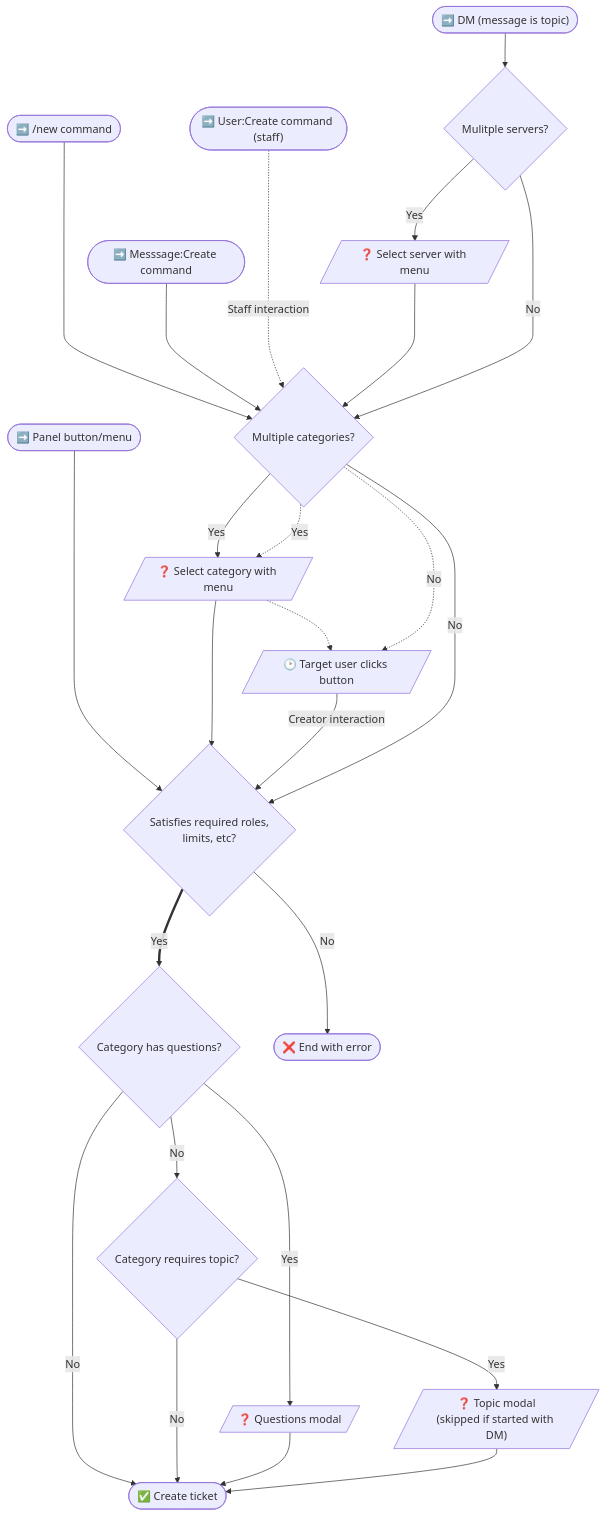
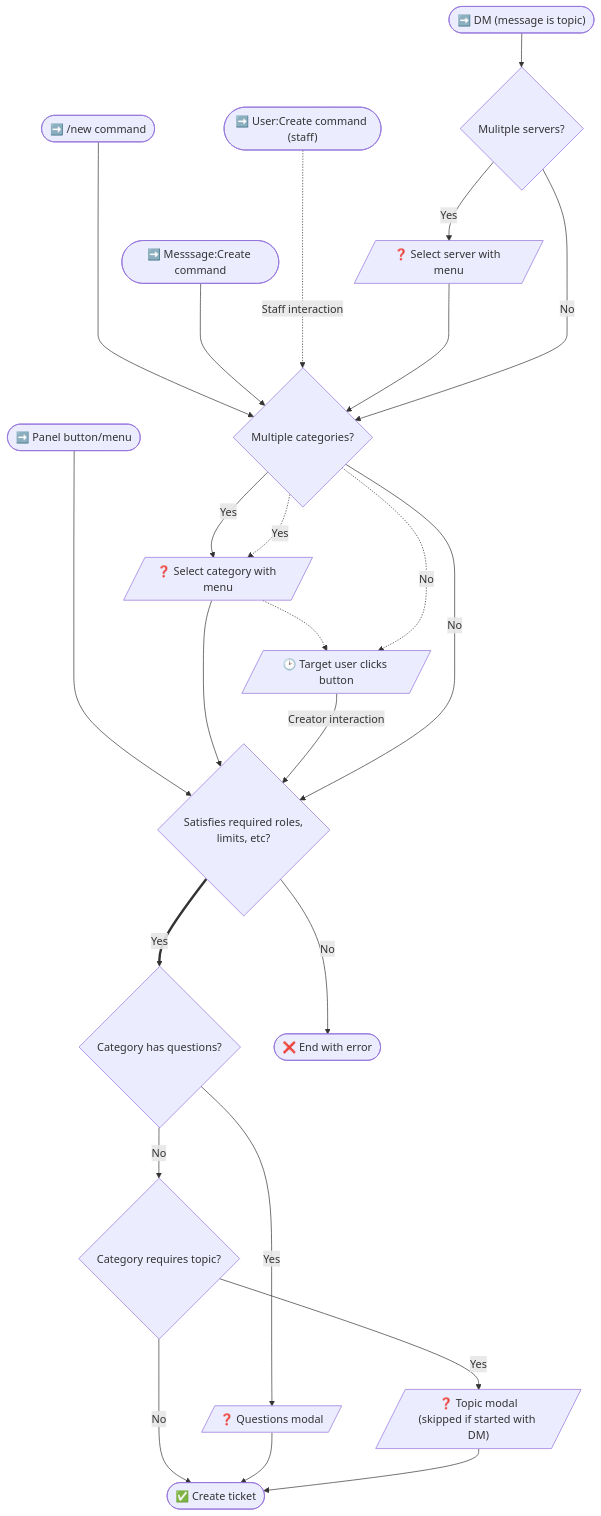
The diagram in docs/features/index.md (discord-tickets/docs), drawn with Mermaid before and after one commit.

Commit message:
Fix flowchart

````diff
--- a/docs/features/index.md
+++ b/docs/features/index.md
@@ -56,26 +56,25 @@
 ```mermaid
 flowchart TB
     A1(["➡️ /new command"]) ----> B
     A2(["➡️ Panel button/menu"]) ----> D
     A3(["➡️ Messsage:Create command"]) ---> B
     %% fa:fa-arrow-right-long
     A4(["➡️ User:Create command (staff)"]) -...->|"Staff interaction"| B
     A5(["➡️ DM (message is topic)"]) --> AA{Mulitple servers?}
     AA -->|Yes| AA1[/"❓ Select server with menu"/] ---> B
     AA -->|No| B
     B{Multiple categories?}
     B -->|Yes| B1[/"❓ Select category with menu"/] -.-> C
     B -.->|Yes| B1
     B -.->|No| C
     B1 --> D
     C[/"🕑 Target user clicks button"/] -->|Creator interaction| D
     B -->|No| D{"Satisfies required roles,\nlimits, etc?"}
     D ==>|Yes|E{Category has questions?}
     D-->|No|F(["❌ End with error"])
     E-->|Yes|G[/"❓ Questions modal"/]
-    E-->|No|J
     E-->|No|H{Category requires topic?}
     H-->|Yes|I[/"❓ Topic modal\n(skipped if started with DM)"/]
     H-->|No|J
     G & I--> J(["✅ Create ticket"])
 ```
````
